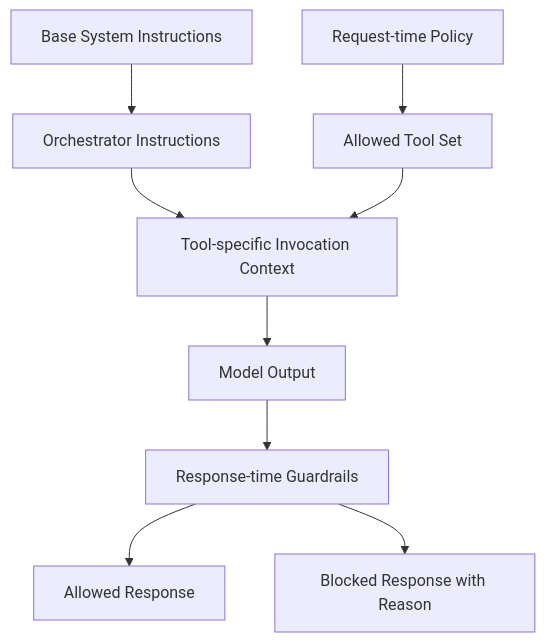
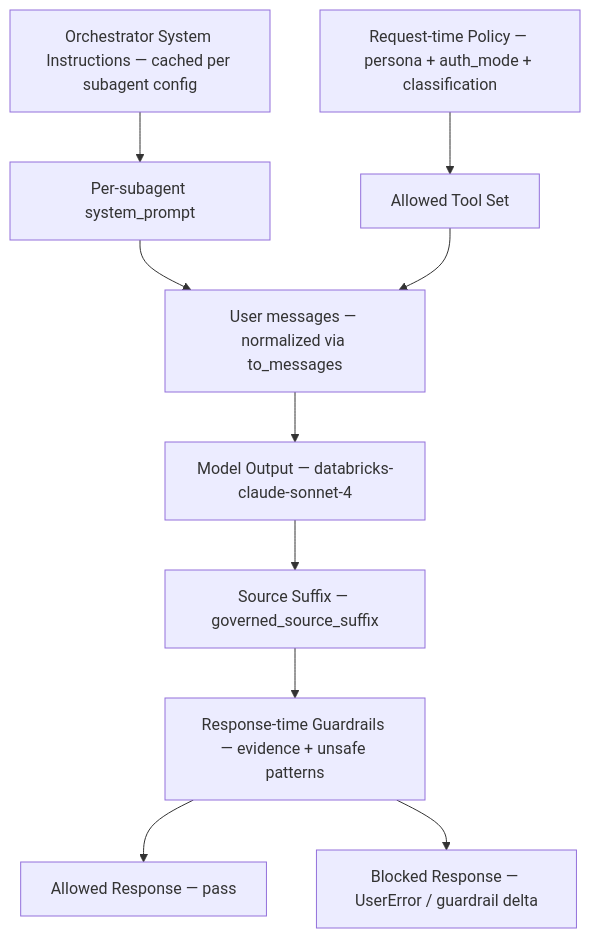
Before and after one commit to wchen-dea/Governed-Multi-Agent-Intelligence-on-Databricks: the fourth of 7 diagrams in docs/architecture/design-artifacts/04-logical-detailed.md, drawn with Mermaid. The commit also changed other lines of this file and 51 other files, not shown here.

````diff
--- a/docs/architecture/design-artifacts/04-logical-detailed.md
+++ b/docs/architecture/design-artifacts/04-logical-detailed.md
@@ -50,12 +78,13 @@
 ```mermaid
 flowchart TD
-    A[Base System Instructions] --> B[Orchestrator Instructions]
-    B --> C[Tool-specific Invocation Context]
-    C --> D[Model Output]
+    A[Orchestrator System Instructions — cached per subagent config] --> B[Per-subagent system_prompt]
+    B --> C[User messages — normalized via to_messages]
+    C --> D[Model Output — databricks-claude-sonnet-4]
 
-    P1[Request-time Policy] --> G[Allowed Tool Set]
+    P1[Request-time Policy — persona + auth_mode + classification] --> G[Allowed Tool Set]
     G --> C
-    D --> P2[Response-time Guardrails]
-    P2 --> E[Allowed Response]
-    P2 --> F[Blocked Response with Reason]
+    D --> SRC[Source Suffix — governed_source_suffix]
+    SRC --> P2[Response-time Guardrails — evidence + unsafe patterns]
+    P2 --> E[Allowed Response — pass]
+    P2 --> F[Blocked Response — UserError / guardrail delta]
 ```
````
